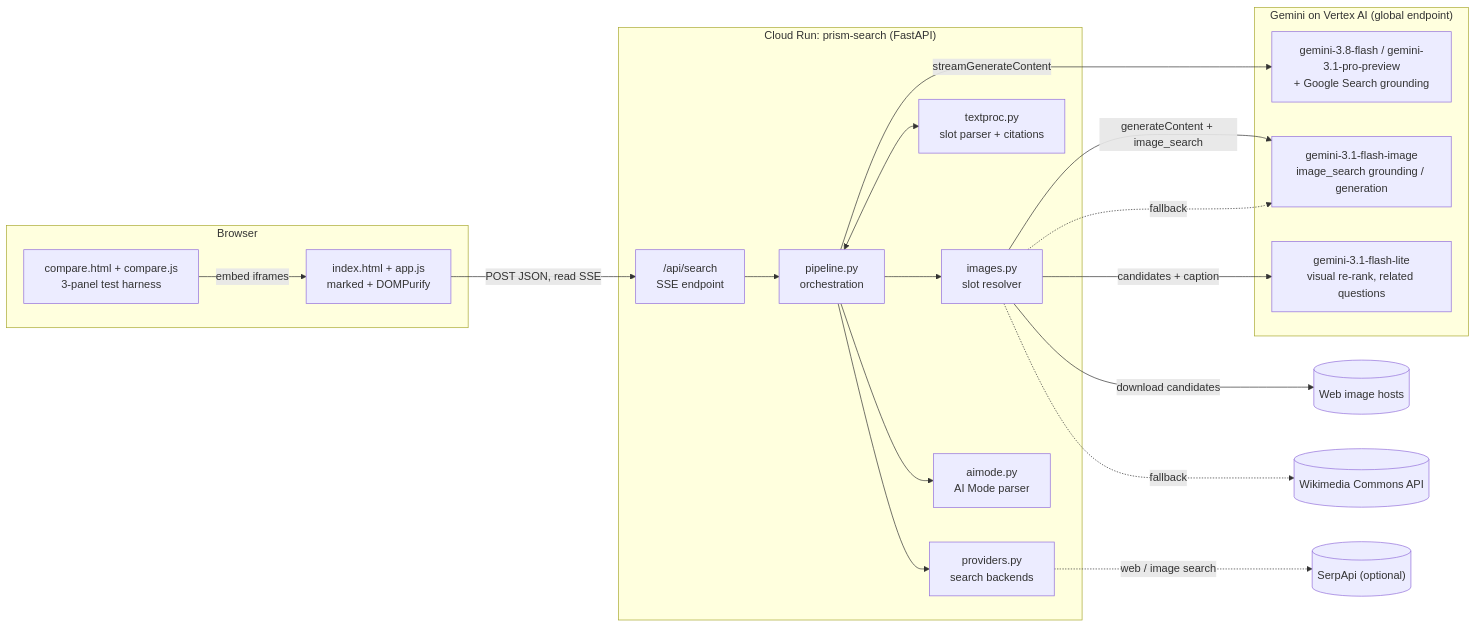
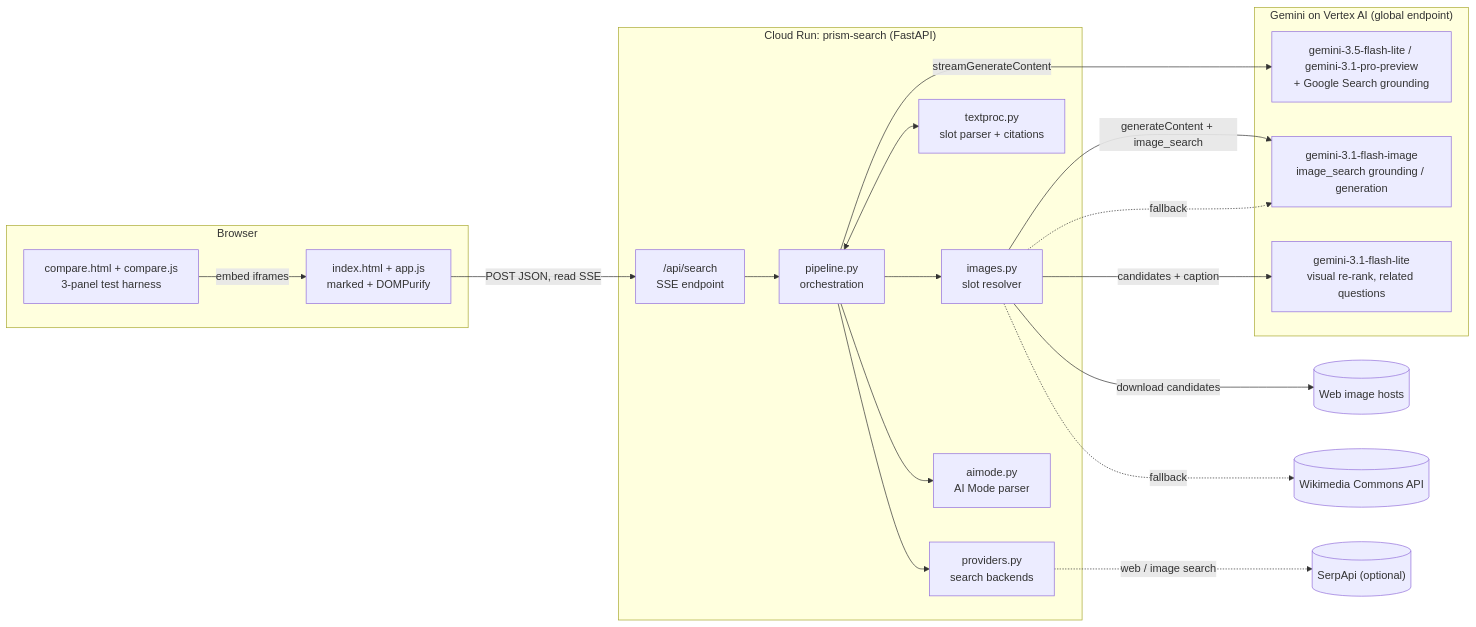
One commit to goriri/ai-websearch changed the first of 7 diagrams in docs/architecture.md. Above: the diagram before and after it, drawn with Mermaid. The commit also changed other lines of this file and 10 other files, not shown here.

First line of the commit message:
Default answer model: gemini-3.5-flash-lite; re-record 4-panel compare

````diff
--- a/docs/architecture.md
+++ b/docs/architecture.md
@@ -21,37 +21,37 @@
 ```mermaid
 flowchart LR
   subgraph Browser
     UI["index.html + app.js<br/>marked + DOMPurify"]
     COMPARE["compare.html + compare.js<br/>3-panel test harness"]
   end
   subgraph CloudRun["Cloud Run: prism-search (FastAPI)"]
     API["/api/search<br/>SSE endpoint"]
     PIPE["pipeline.py<br/>orchestration"]
     IMG["images.py<br/>slot resolver"]
     TXT["textproc.py<br/>slot parser + citations"]
     PROV["providers.py<br/>search backends"]
     AIM["aimode.py<br/>AI Mode parser"]
   end
   subgraph Vertex["Gemini on Vertex AI (global endpoint)"]
-    ANS["gemini-3.8-flash / gemini-3.1-pro-preview<br/>+ Google Search grounding"]
+    ANS["gemini-3.5-flash-lite / gemini-3.1-pro-preview<br/>+ Google Search grounding"]
     IMGM["gemini-3.1-flash-image<br/>image_search grounding / generation"]
     LITE["gemini-3.1-flash-lite<br/>visual re-rank, related questions"]
   end
   WEB[("Web image hosts")]
   WIKI[("Wikimedia Commons API")]
   SERP[("SerpApi (optional)")]
 
   UI -- "POST JSON, read SSE" --> API --> PIPE
   COMPARE -- "embed iframes" --> UI
   PIPE <--> TXT
   PIPE -- "streamGenerateContent" --> ANS
   PIPE --> PROV
   PIPE --> AIM
   PIPE --> IMG
   PROV -. "web / image search" .-> SERP
   IMG -- "generateContent + image_search" --> IMGM
   IMG -- "download candidates" --> WEB
   IMG -- "candidates + caption" --> LITE
   IMG -. "fallback" .-> WIKI
   IMG -. "fallback" .-> IMGM
 ```
````
